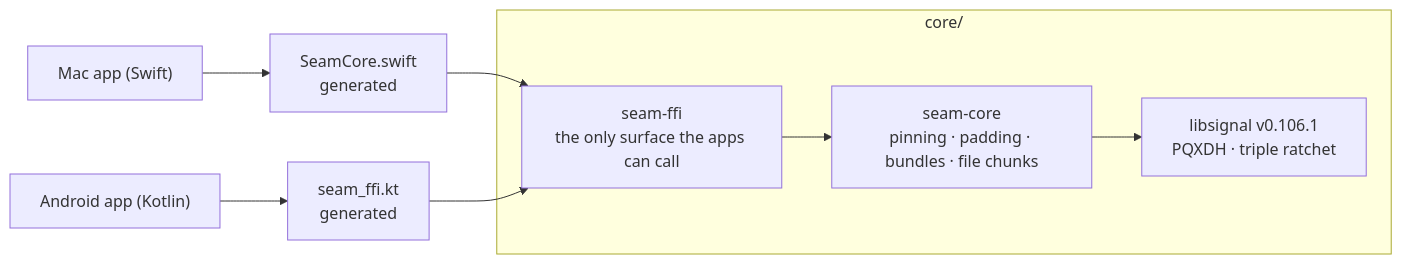
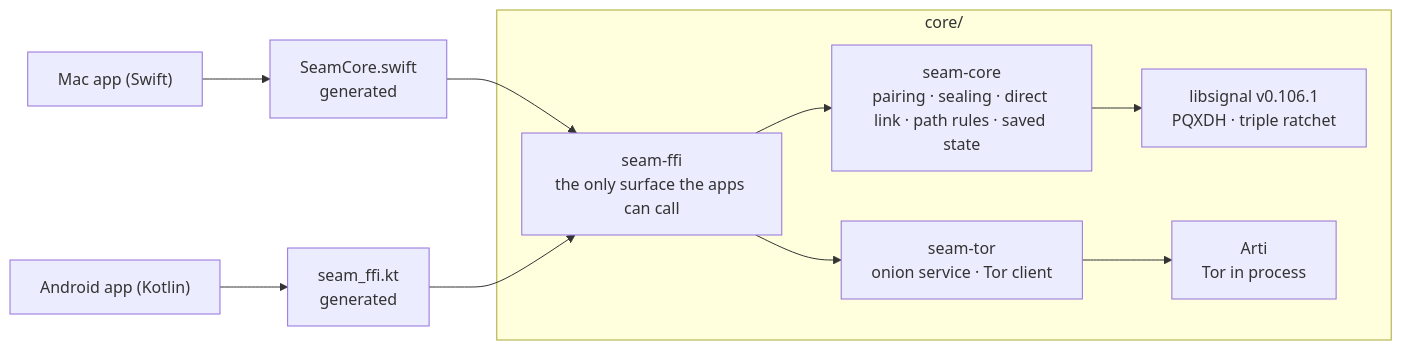
The first of 2 diagrams in core/README.md (aveterosystems/seam), drawn with Mermaid before and after one commit. The commit also changed other lines of this file and 75 other files, not shown here.

First line of the commit message:
Remove the retired relay; docs describe Same Wi‑Fi and Tor only (#48)

````diff
--- a/core/README.md
+++ b/core/README.md
@@ -5,11 +5,13 @@
 ```mermaid
 flowchart LR
     Swift["Mac app (Swift)"] --> SB["SeamCore.swift<br/>generated"]
     Kotlin["Android app (Kotlin)"] --> KB["seam_ffi.kt<br/>generated"]
     SB --> FFI
     KB --> FFI
     subgraph core["core/"]
-        FFI["seam-ffi<br/>the only surface the apps can call"] --> SC["seam-core<br/>pinning · padding · bundles · file chunks"]
+        FFI["seam-ffi<br/>the only surface the apps can call"] --> SC["seam-core<br/>pairing · sealing · direct link · path rules · saved state"]
+        FFI --> ST["seam-tor<br/>onion service · Tor client"]
         SC --> LS["libsignal v0.106.1<br/>PQXDH · triple ratchet"]
+        ST --> AR["Arti<br/>Tor in process"]
     end
 ```
````
